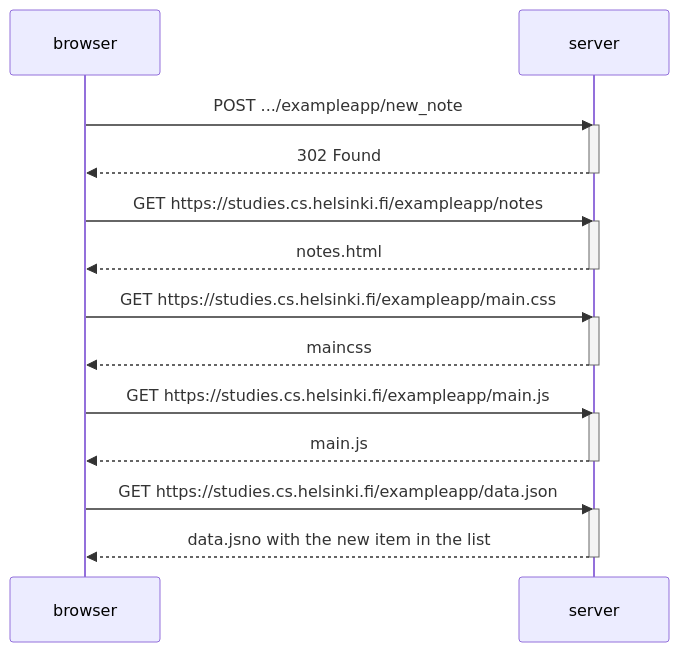
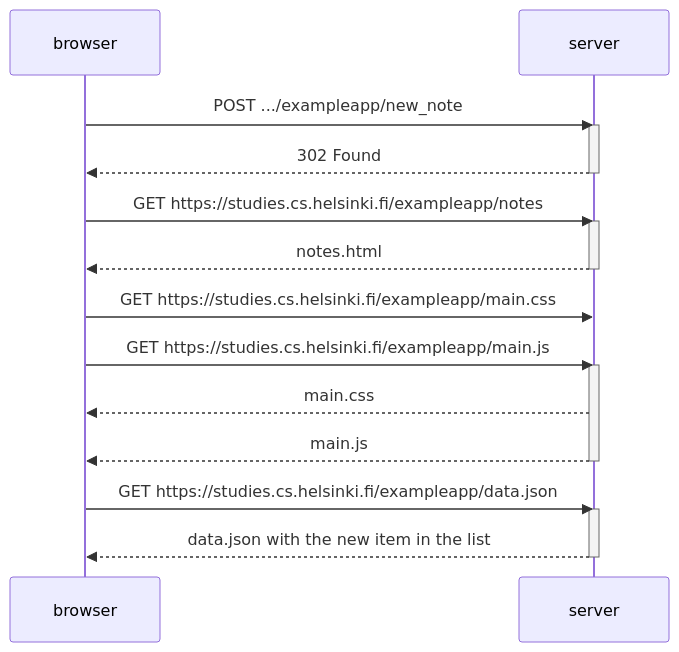
One commit to alex-pradas/fullstackopen changed the diagram in part0/0-4.md. Above: the diagram before and after it, drawn with Mermaid. The commit also changed 2 other files, not shown here.

Commit message:
done all exercises part0

````diff
--- a/part0/0-4.md
+++ b/part0/0-4.md
@@ -1,33 +1,30 @@
 ```mermaid
 sequenceDiagram
     participant browser
     participant server
 
     browser->>server: POST .../exampleapp/new_note
     activate server
     server-->>browser: 302 Found
     deactivate server
 
 
     browser->>server: GET https://studies.cs.helsinki.fi/exampleapp/notes
     activate server
     server-->>browser: notes.html
     deactivate server
 
     browser->>server: GET https://studies.cs.helsinki.fi/exampleapp/main.css
-    activate server
-    server-->>browser: maincss
-    deactivate server
-
     browser->>server: GET https://studies.cs.helsinki.fi/exampleapp/main.js
     activate server
+    server-->>browser: main.css
     server-->>browser: main.js
     deactivate server
 
 
     browser->>server: GET https://studies.cs.helsinki.fi/exampleapp/data.json
     activate server
-    server-->>browser: data.jsno with the new item in the list
+    server-->>browser: data.json with the new item in the list
     deactivate server
 
 ```
````
